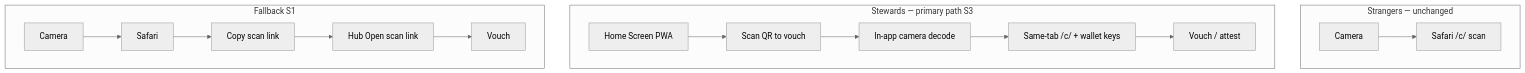
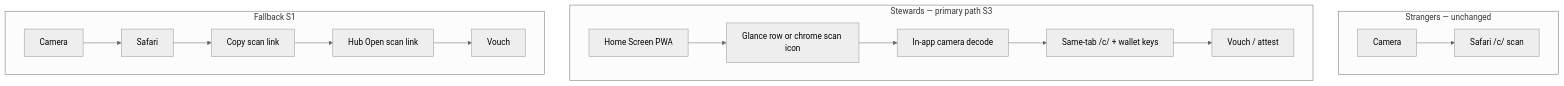
One commit to h6811127/humanity.llc changed the diagram in docs/STEWARD_SCAN_HANDOFF_AND_PWA_VOUCH.md. Above: the diagram before and after it, drawn with Mermaid (neutral theme). The commit also changed other lines of this file and 15 other files, not shown here.

First line of the commit message:
Remove hub Scan QR to vouch button; keep glance and chrome scan paths.

````diff
--- a/docs/STEWARD_SCAN_HANDOFF_AND_PWA_VOUCH.md
+++ b/docs/STEWARD_SCAN_HANDOFF_AND_PWA_VOUCH.md
@@ -132,21 +132,21 @@
 ```mermaid
 flowchart TB
   subgraph strangers [Strangers — unchanged]
     Cam1[Camera] --> Safari1[Safari /c/ scan]
   end
 
   subgraph stewards [Stewards — primary path S3]
     PWA[Home Screen PWA]
-    PWA --> ScanBtn[Scan QR to vouch]
+    PWA --> ScanBtn[Glance row or chrome scan icon]
     ScanBtn --> InApp[In-app camera decode]
     InApp --> ScanSame[Same-tab /c/ + wallet keys]
     ScanSame --> Vouch[Vouch / attest]
   end
 
   subgraph fallback [Fallback S1]
     Cam2[Camera] --> Safari2[Safari]
     Safari2 --> Copy[Copy scan link]
     Copy --> OpenScan[Hub Open scan link]
     OpenScan --> Vouch2[Vouch]
   end
 ```
````
